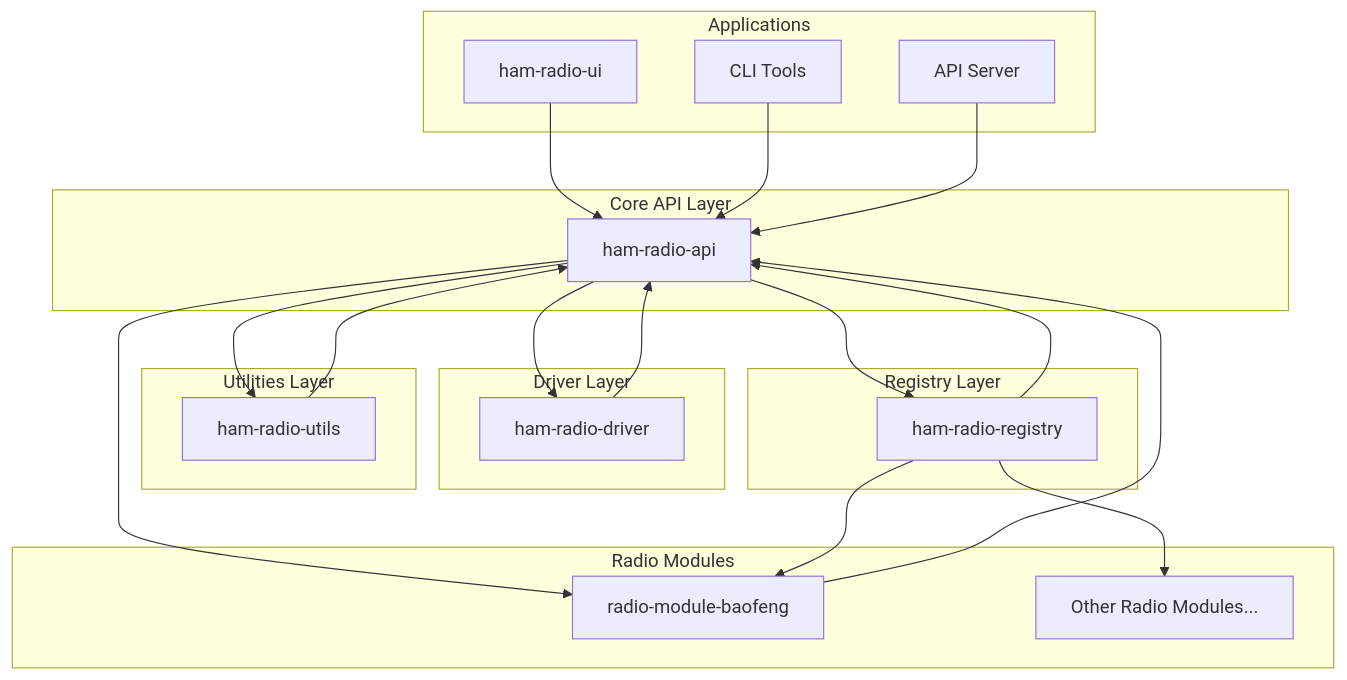
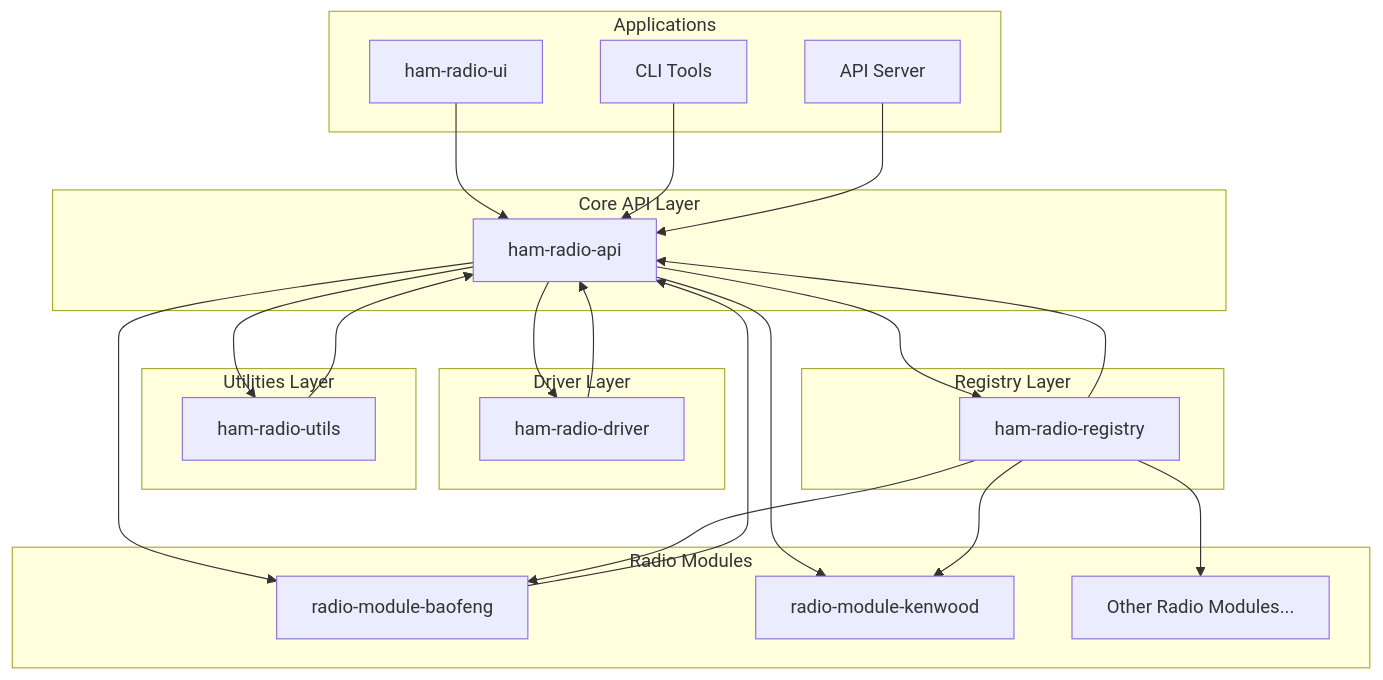
One commit to springfield-ham-radio/ham-radio-docs changed the diagram in docs/architecture-overview.md. Above: the diagram before and after it, drawn with Mermaid. The commit also changed 3 other files, not shown here.

````diff
--- a/docs/architecture-overview.md
+++ b/docs/architecture-overview.md
@@ -18,37 +18,40 @@
 ```mermaid
 graph TB
     subgraph "Core API Layer"
         API[ham-radio-api]
     end
     subgraph "Driver Layer"
         DRIVER[ham-radio-driver]
     end
     subgraph "Utilities Layer"
         UTILS[ham-radio-utils]
     end
     subgraph "Registry Layer"
         REGISTRY[ham-radio-registry]
     end
     subgraph "Radio Modules"
         BAOFENG[radio-module-baofeng]
+        KENWOOD[radio-module-kenwood]
         OTHER[Other Radio Modules...]
     end
     subgraph "Applications"
         UI[ham-radio-ui]
         CLI[CLI Tools]
         API_SERVER[API Server]
     end
     API --> DRIVER
     API --> UTILS
     API --> REGISTRY
     API --> BAOFENG
+    API --> KENWOOD
     DRIVER --> API
     UTILS --> API
     REGISTRY --> API
     BAOFENG --> API
     UI --> API
     CLI --> API
     API_SERVER --> API
     REGISTRY --> BAOFENG
+    REGISTRY --> KENWOOD
     REGISTRY --> OTHER
 ```
````
